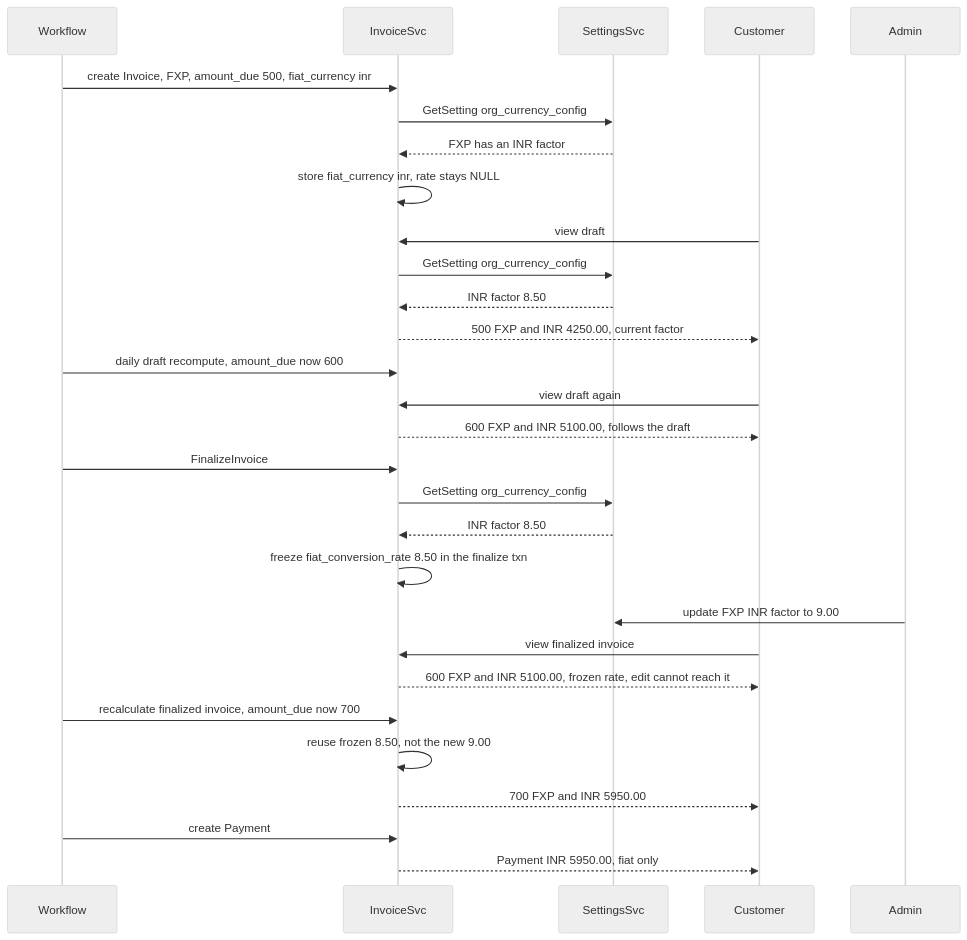
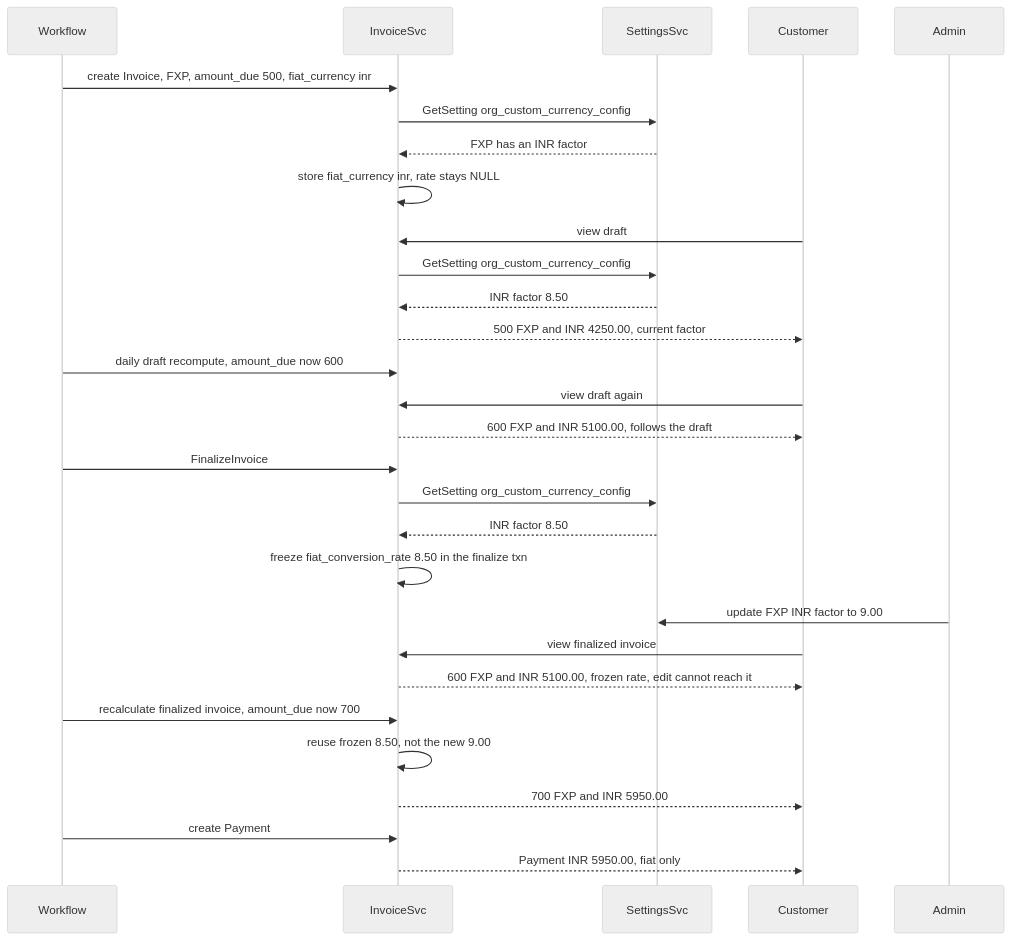
The third of 3 diagrams in docs/design/2026-08-27-FLE-1201-custom-org-currency.md (subratsahilgupta/flexprice), drawn with Mermaid (neutral theme) before and after one commit. The commit also changed other lines of this file and 25 other files, not shown here.

Commit message:
feat(custom-currency): add support for org custom currency

````diff
--- a/docs/design/2026-08-27-FLE-1201-custom-org-currency.md
+++ b/docs/design/2026-08-27-FLE-1201-custom-org-currency.md
@@ -372,39 +374,39 @@
 ```mermaid
 sequenceDiagram
     participant Workflow
     participant InvoiceSvc
     participant SettingsSvc
     participant Customer
     participant Admin
 
     Workflow->>InvoiceSvc: create Invoice, FXP, amount_due 500, fiat_currency inr
-    InvoiceSvc->>SettingsSvc: GetSetting org_currency_config
+    InvoiceSvc->>SettingsSvc: GetSetting org_custom_currency_config
     SettingsSvc-->>InvoiceSvc: FXP has an INR factor
     InvoiceSvc->>InvoiceSvc: store fiat_currency inr, rate stays NULL
 
     Customer->>InvoiceSvc: view draft
-    InvoiceSvc->>SettingsSvc: GetSetting org_currency_config
+    InvoiceSvc->>SettingsSvc: GetSetting org_custom_currency_config
     SettingsSvc-->>InvoiceSvc: INR factor 8.50
     InvoiceSvc-->>Customer: 500 FXP and INR 4250.00, current factor
 
     Workflow->>InvoiceSvc: daily draft recompute, amount_due now 600
     Customer->>InvoiceSvc: view draft again
     InvoiceSvc-->>Customer: 600 FXP and INR 5100.00, follows the draft
 
     Workflow->>InvoiceSvc: FinalizeInvoice
-    InvoiceSvc->>SettingsSvc: GetSetting org_currency_config
+    InvoiceSvc->>SettingsSvc: GetSetting org_custom_currency_config
     SettingsSvc-->>InvoiceSvc: INR factor 8.50
     InvoiceSvc->>InvoiceSvc: freeze fiat_conversion_rate 8.50 in the finalize txn
 
     Admin->>SettingsSvc: update FXP INR factor to 9.00
 
     Customer->>InvoiceSvc: view finalized invoice
     InvoiceSvc-->>Customer: 600 FXP and INR 5100.00, frozen rate, edit cannot reach it
 
     Workflow->>InvoiceSvc: recalculate finalized invoice, amount_due now 700
     InvoiceSvc->>InvoiceSvc: reuse frozen 8.50, not the new 9.00
     InvoiceSvc-->>Customer: 700 FXP and INR 5950.00
 
     Workflow->>InvoiceSvc: create Payment
     InvoiceSvc-->>Customer: Payment INR 5950.00, fiat only
 ```
````
